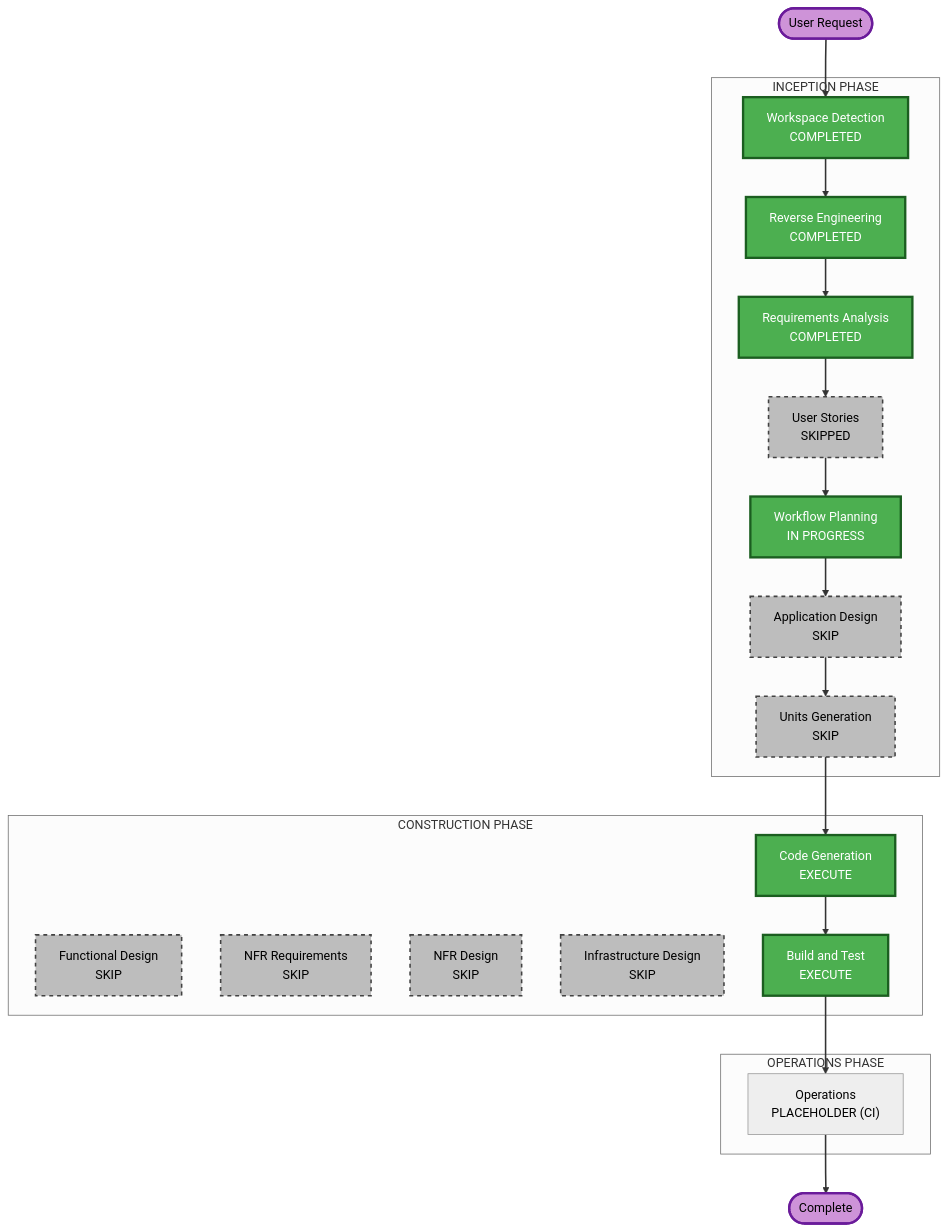
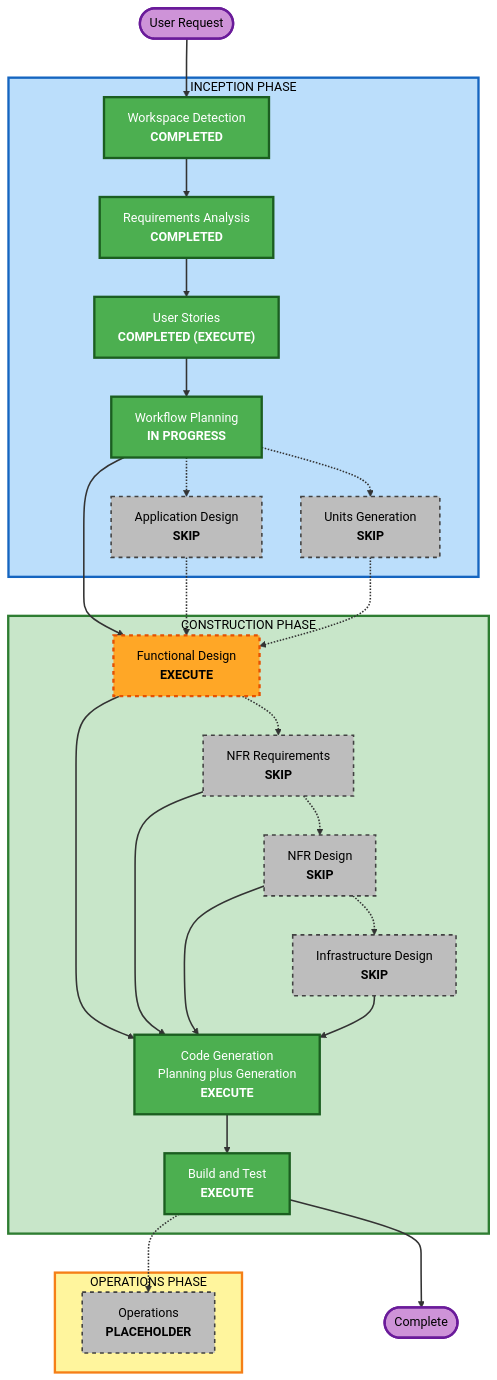
The diagram in Docs/spec/aidlc-docs/inception/plans/execution-plan.md (CHS-Training-Org/ai_training_for_chuo_system), drawn with Mermaid (neutral theme) before and after one commit. The commit also changed other lines of this file and 18 other files, not shown here.

````diff
--- a/Docs/spec/aidlc-docs/inception/plans/execution-plan.md
+++ b/Docs/spec/aidlc-docs/inception/plans/execution-plan.md
@@ -52,57 +46,67 @@
 ```mermaid
 flowchart TD
     Start(["User Request"])
 
     subgraph INCEPTION["INCEPTION PHASE"]
-        WD["Workspace Detection<br/>COMPLETED"]
-        RE["Reverse Engineering<br/>COMPLETED"]
-        RA["Requirements Analysis<br/>COMPLETED"]
-        US["User Stories<br/>SKIPPED"]
-        WP["Workflow Planning<br/>IN PROGRESS"]
-        AD["Application Design<br/>SKIP"]
-        UG["Units Generation<br/>SKIP"]
+        WD["Workspace Detection<br/><b>COMPLETED</b>"]
+        RA["Requirements Analysis<br/><b>COMPLETED</b>"]
+        US["User Stories<br/><b>COMPLETED (EXECUTE)</b>"]
+        WP["Workflow Planning<br/><b>IN PROGRESS</b>"]
+        AD["Application Design<br/><b>SKIP</b>"]
+        UG["Units Generation<br/><b>SKIP</b>"]
     end
 
     subgraph CONSTRUCTION["CONSTRUCTION PHASE"]
-        FD["Functional Design<br/>SKIP"]
-        NFRA["NFR Requirements<br/>SKIP"]
-        NFRD["NFR Design<br/>SKIP"]
-        ID["Infrastructure Design<br/>SKIP"]
-        CG["Code Generation<br/>EXECUTE"]
-        BT["Build and Test<br/>EXECUTE"]
+        FD["Functional Design<br/><b>EXECUTE</b>"]
+        NFRA["NFR Requirements<br/><b>SKIP</b>"]
+        NFRD["NFR Design<br/><b>SKIP</b>"]
+        ID["Infrastructure Design<br/><b>SKIP</b>"]
+        CG["Code Generation<br/>Planning plus Generation<br/><b>EXECUTE</b>"]
+        BT["Build and Test<br/><b>EXECUTE</b>"]
     end
 
     subgraph OPERATIONS["OPERATIONS PHASE"]
-        OPS["Operations<br/>PLACEHOLDER (CI)"]
+        OPS["Operations<br/><b>PLACEHOLDER</b>"]
     end
 
     Start --> WD
-    WD --> RE
-    RE --> RA
+    WD --> RA
     RA --> US
     US --> WP
-    WP --> AD
-    AD --> UG
-    UG --> CG
+    WP -.-> AD
+    WP -.-> UG
+    WP --> FD
+    AD -.-> FD
+    UG -.-> FD
+    FD -.-> NFRA
+    NFRA -.-> NFRD
+    NFRD -.-> ID
+    FD --> CG
+    NFRA --> CG
+    NFRD --> CG
+    ID --> CG
     CG --> BT
-    BT --> OPS
-    OPS --> End(["Complete"])
+    BT -.-> OPS
+    BT --> End(["Complete"])
 
     style WD fill:#4CAF50,stroke:#1B5E20,stroke-width:3px,color:#fff
-    style RE fill:#4CAF50,stroke:#1B5E20,stroke-width:3px,color:#fff
     style RA fill:#4CAF50,stroke:#1B5E20,stroke-width:3px,color:#fff
-    style US fill:#BDBDBD,stroke:#424242,stroke-width:2px,stroke-dasharray: 5 5,color:#000
+    style US fill:#4CAF50,stroke:#1B5E20,stroke-width:3px,color:#fff
     style WP fill:#4CAF50,stroke:#1B5E20,stroke-width:3px,color:#fff
+    style FD fill:#FFA726,stroke:#E65100,stroke-width:3px,stroke-dasharray: 5 5,color:#000
+    style CG fill:#4CAF50,stroke:#1B5E20,stroke-width:3px,color:#fff
+    style BT fill:#4CAF50,stroke:#1B5E20,stroke-width:3px,color:#fff
     style AD fill:#BDBDBD,stroke:#424242,stroke-width:2px,stroke-dasharray: 5 5,color:#000
     style UG fill:#BDBDBD,stroke:#424242,stroke-width:2px,stroke-dasharray: 5 5,color:#000
-    style FD fill:#BDBDBD,stroke:#424242,stroke-width:2px,stroke-dasharray: 5 5,color:#000
     style NFRA fill:#BDBDBD,stroke:#424242,stroke-width:2px,stroke-dasharray: 5 5,color:#000
     style NFRD fill:#BDBDBD,stroke:#424242,stroke-width:2px,stroke-dasharray: 5 5,color:#000
     style ID fill:#BDBDBD,stroke:#424242,stroke-width:2px,stroke-dasharray: 5 5,color:#000
-    style CG fill:#4CAF50,stroke:#1B5E20,stroke-width:3px,color:#fff
-    style BT fill:#4CAF50,stroke:#1B5E20,stroke-width:3px,color:#fff
+    style OPS fill:#BDBDBD,stroke:#424242,stroke-width:2px,stroke-dasharray: 5 5,color:#000
+    style INCEPTION fill:#BBDEFB,stroke:#1565C0,stroke-width:3px,color:#000
+    style CONSTRUCTION fill:#C8E6C9,stroke:#2E7D32,stroke-width:3px,color:#000
+    style OPERATIONS fill:#FFF59D,stroke:#F57F17,stroke-width:3px,color:#000
     style Start fill:#CE93D8,stroke:#6A1B9A,stroke-width:3px,color:#000
     style End fill:#CE93D8,stroke:#6A1B9A,stroke-width:3px,color:#000
 
     linkStyle default stroke:#333,stroke-width:2px
 ```
````
